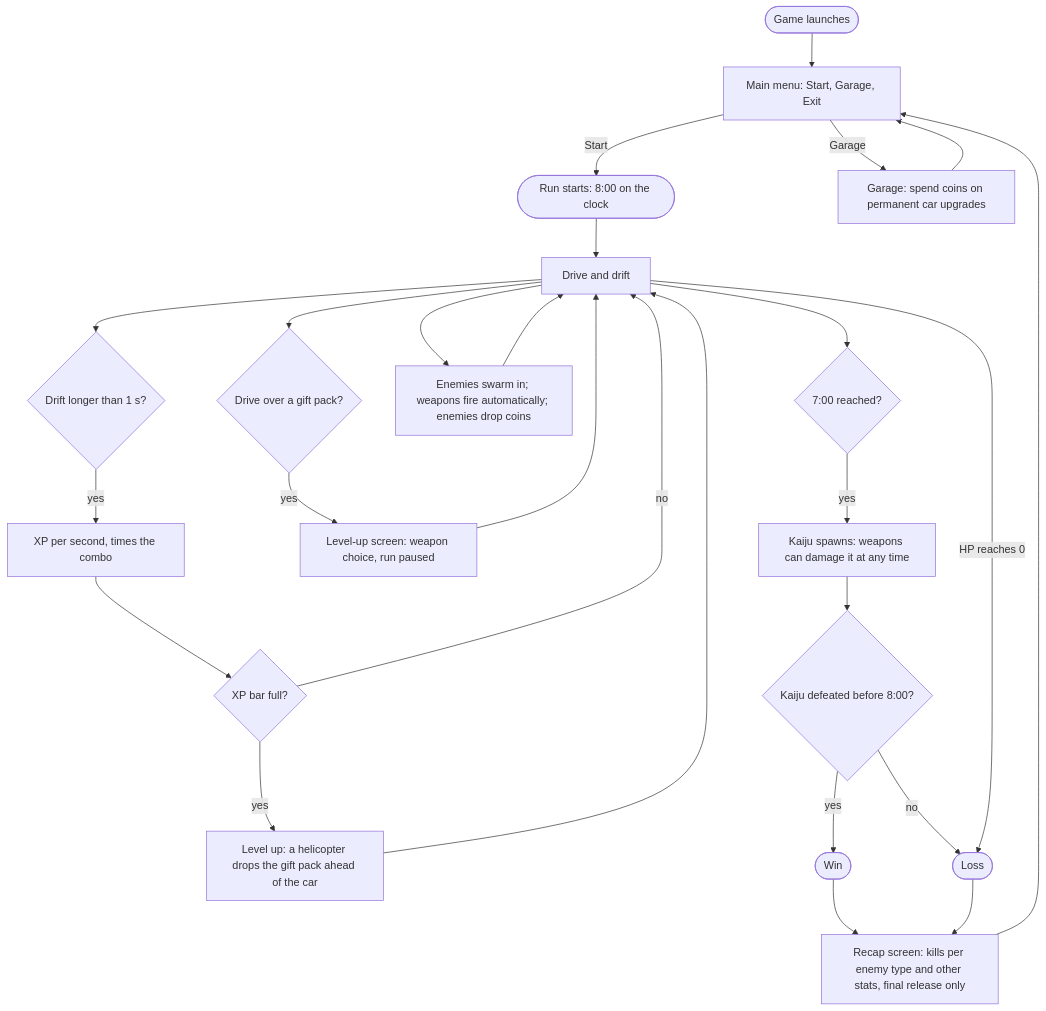
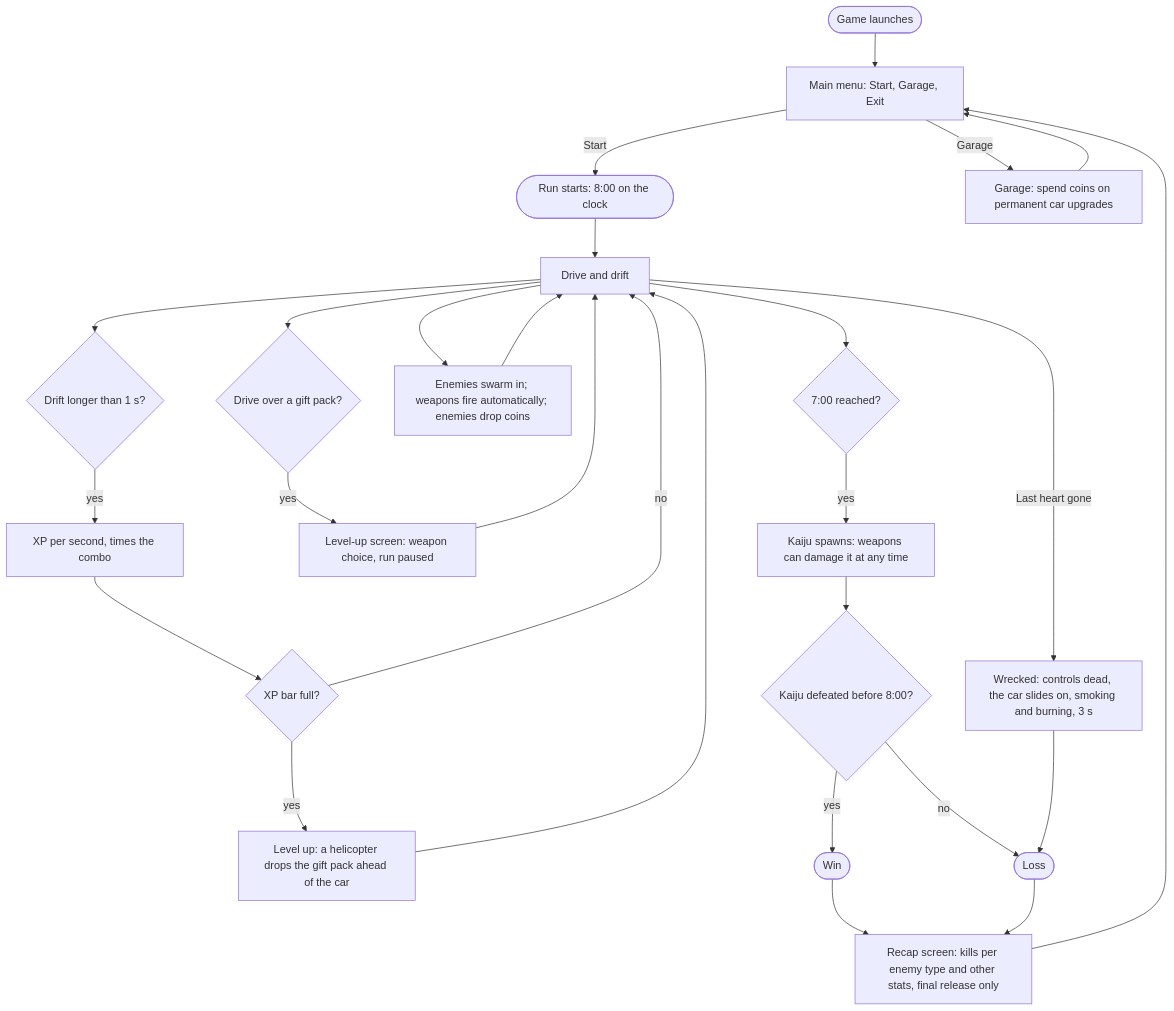
The diagram in docs/game-loop-architecture.md (akyrat/solid-carbide-game), drawn with Mermaid before and after one commit. The commit also changed other lines of this file and 20 other files, not shown here.

Commit message:
T-360: wrecked: the car smokes and burns for 3 seconds when its last heart is gone

````diff
--- a/docs/game-loop-architecture.md
+++ b/docs/game-loop-architecture.md
@@ -59,23 +59,23 @@
 ```mermaid
 flowchart TD
     launch([Game launches]) --> menu
     start([Run starts: 8:00 on the clock]) --> drive[Drive and drift]
     drive --> drift{Drift longer than 1 s?}
     drift -- yes --> dxp[XP per second, times the combo] --> lvl{XP bar full?}
     lvl -- yes --> heli[Level up: a helicopter drops the gift pack ahead of the car] --> drive
     drive --> pack{Drive over a gift pack?}
     pack -- yes --> choice[Level-up screen: weapon choice, run paused] --> drive
     lvl -- no --> drive
     drive --> enemies[Enemies swarm in; weapons fire automatically; enemies drop coins] --> drive
     drive --> boss{7:00 reached?}
     boss -- yes --> kaiju[Kaiju spawns: weapons can damage it at any time]
     kaiju --> win{Kaiju defeated before 8:00?}
     win -- yes --> won([Win])
     win -- no --> lost([Loss])
-    drive -- HP reaches 0 --> lost
+    drive -- Last heart gone --> wreck[Wrecked: controls dead, the car slides on, smoking and burning, 3 s] --> lost
     won --> recap[Recap screen: kills per enemy type and other stats, final release only]
     lost --> recap
     recap --> menu[Main menu: Start, Garage, Exit]
     menu -- Garage --> garage[Garage: spend coins on permanent car upgrades] --> menu
     menu -- Start --> start
 ```
````
